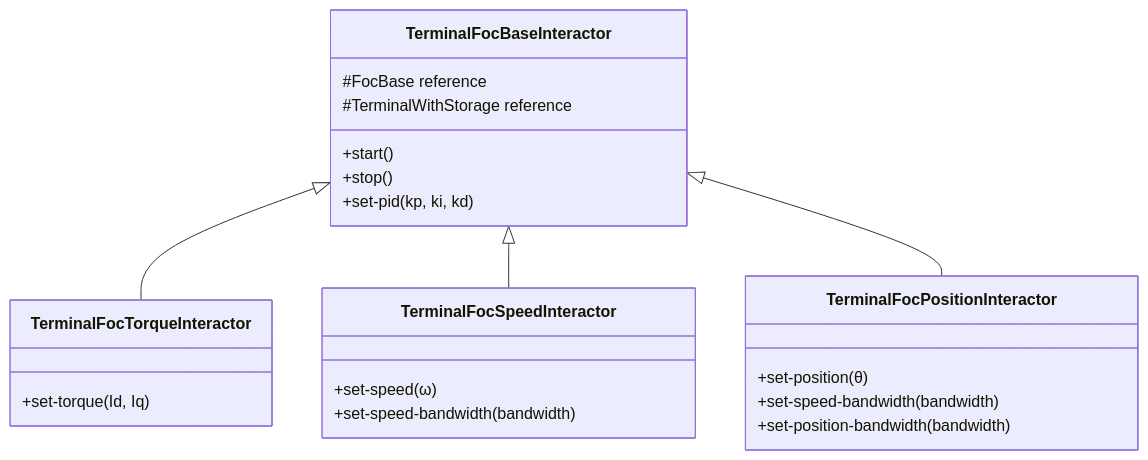
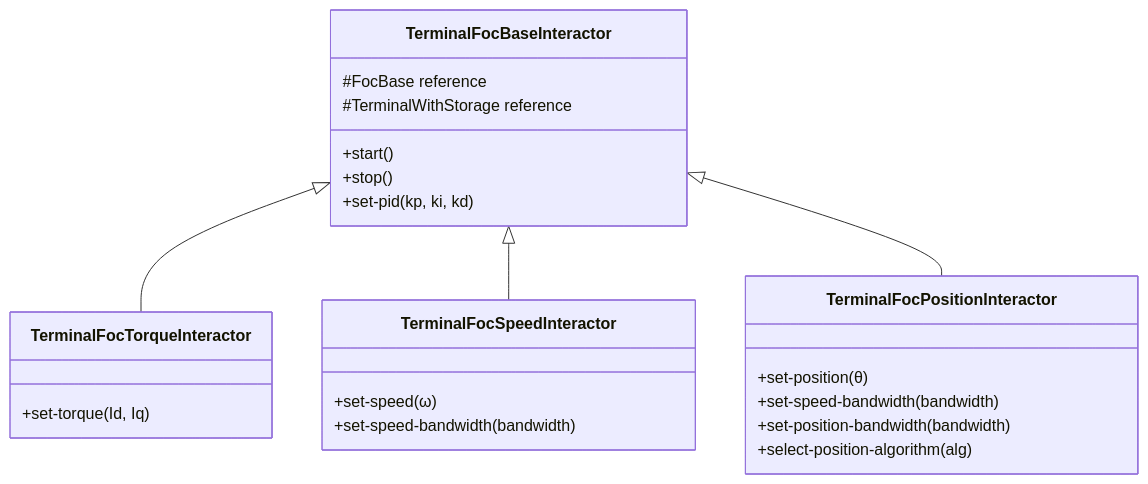
One commit to embedded-pro/e-foc changed the first of 3 diagrams in documentation/design/service-cli.md. Above: the diagram before and after it, drawn with Mermaid. The commit also changed other lines of this file and 3 other files, not shown here.

````diff
--- a/documentation/design/service-cli.md
+++ b/documentation/design/service-cli.md
@@ -52,26 +52,27 @@
 ```mermaid
 classDiagram
     class TerminalFocBaseInteractor {
         +start()
         +stop()
         +set-pid(kp, ki, kd)
         #FocBase reference
         #TerminalWithStorage reference
     }
     class TerminalFocTorqueInteractor {
         +set-torque(Id, Iq)
     }
     class TerminalFocSpeedInteractor {
         +set-speed(ω)
         +set-speed-bandwidth(bandwidth)
     }
     class TerminalFocPositionInteractor {
         +set-position(θ)
         +set-speed-bandwidth(bandwidth)
         +set-position-bandwidth(bandwidth)
+        +select-position-algorithm(alg)
     }
 
     TerminalFocBaseInteractor <|-- TerminalFocTorqueInteractor
     TerminalFocBaseInteractor <|-- TerminalFocSpeedInteractor
     TerminalFocBaseInteractor <|-- TerminalFocPositionInteractor
 ```
````
